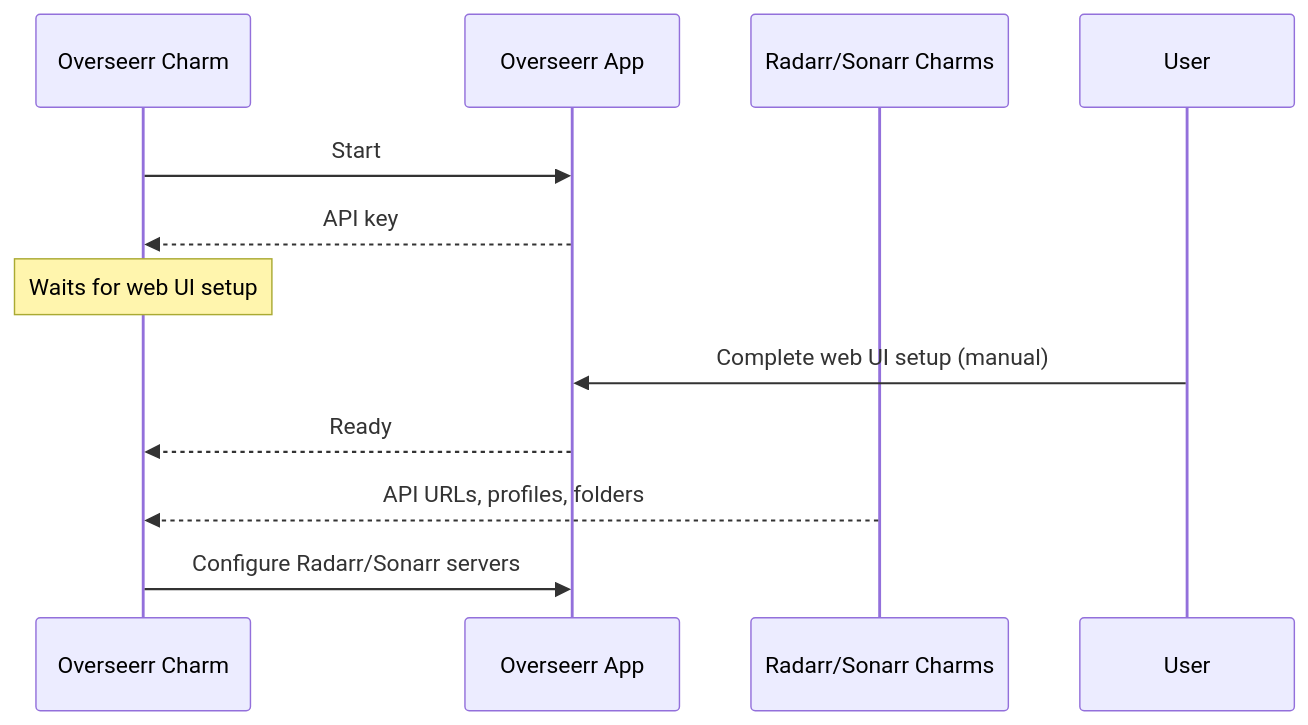
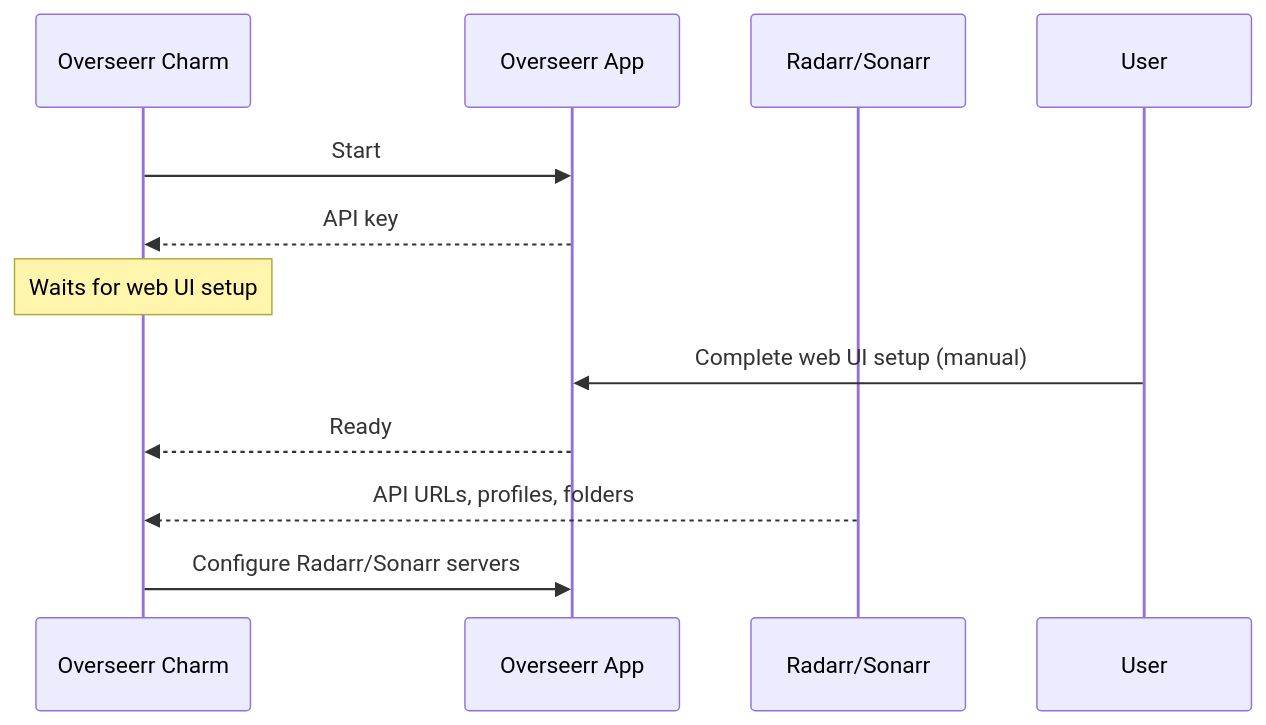
The diagram in docs/charms/media-requester.md (charmarr/charmarr), drawn with Mermaid before and after one commit. The commit also changed 23 other files, not shown here.

````diff
--- a/docs/charms/media-requester.md
+++ b/docs/charms/media-requester.md
@@ -21,17 +21,17 @@
 ```mermaid
 sequenceDiagram
     participant OC as Overseerr Charm
     participant Overseerr as Overseerr App
-    participant RC as Radarr/Sonarr Charms
+    participant RC as Radarr/Sonarr
     participant User
 
     OC->>Overseerr: Start
     Overseerr-->>OC: API key
     Note over OC: Waits for web UI setup
 
     User->>Overseerr: Complete web UI setup (manual)
     Overseerr-->>OC: Ready
 
     RC-->>OC: API URLs, profiles, folders
     OC->>Overseerr: Configure Radarr/Sonarr servers
 ```
````
